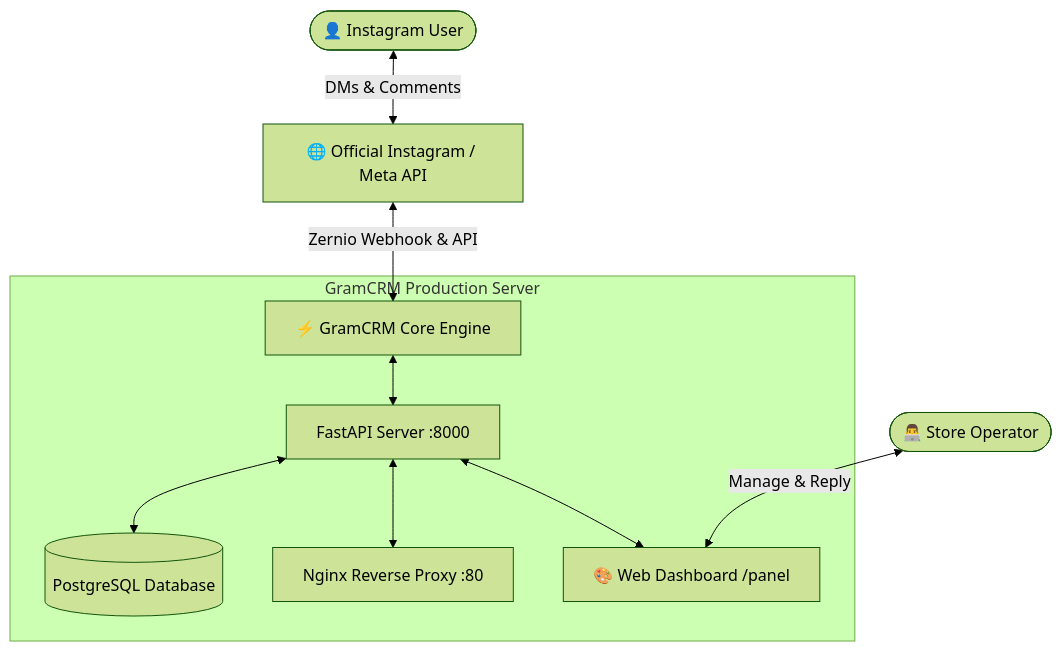
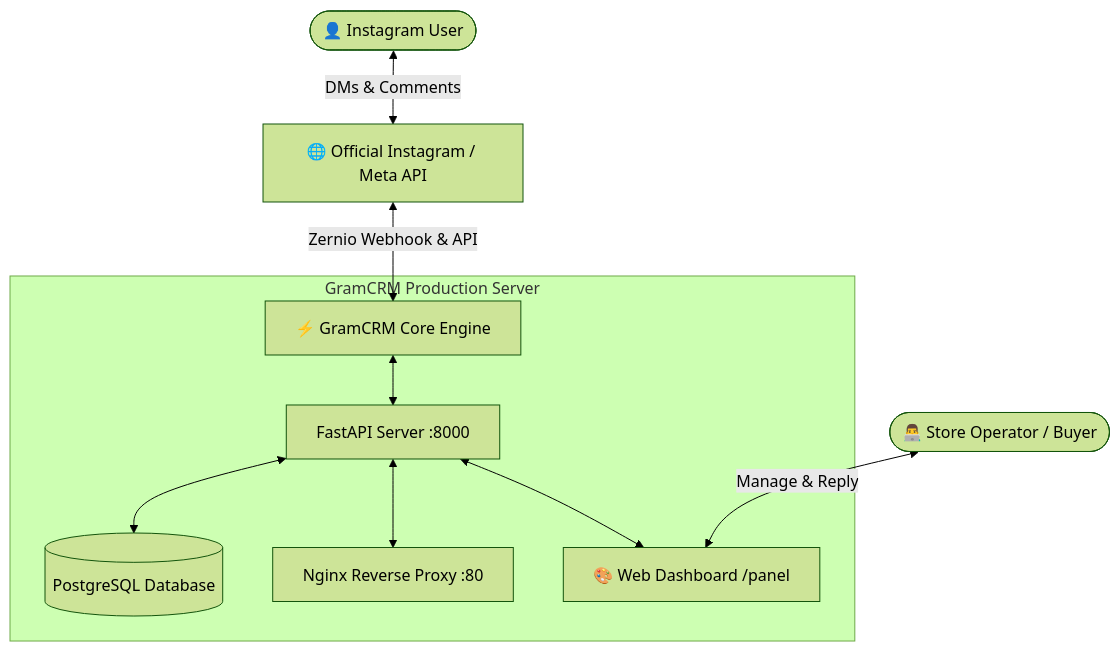
One commit to MHTAHERII/GramCRM changed the diagram in README.md. Above: the diagram before and after it, drawn with Mermaid (forest theme). The commit also changed other lines of this file, not shown here.

Commit message:
docs: update README with multi-buttons, follow gate, and in-panel credentials

````diff
--- a/README.md
+++ b/README.md
@@ -73,14 +78,14 @@
 ```mermaid
 flowchart TD
     User([👤 Instagram User]) <-->|DMs & Comments| Meta[🌐 Official Instagram / Meta API]
     Meta <-->|Zernio Webhook & API| Engine[⚡ GramCRM Core Engine]
     
     subgraph GramCRM Production Server
         Engine <--> Core[FastAPI Server :8000]
         Core <--> DB[(PostgreSQL Database)]
         Core <--> Nginx[Nginx Reverse Proxy :80]
         Core <--> Panel[🎨 Web Dashboard /panel]
     end
     
-    Admin([👨‍💻 Store Operator]) <-->|Manage & Reply| Panel
+    Admin([👨‍💻 Store Operator / Buyer]) <-->|Manage & Reply| Panel
 ```
````
